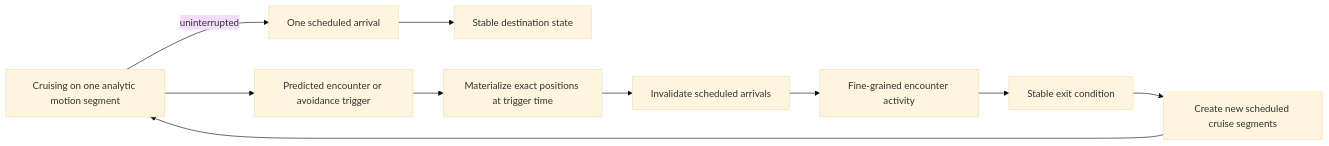
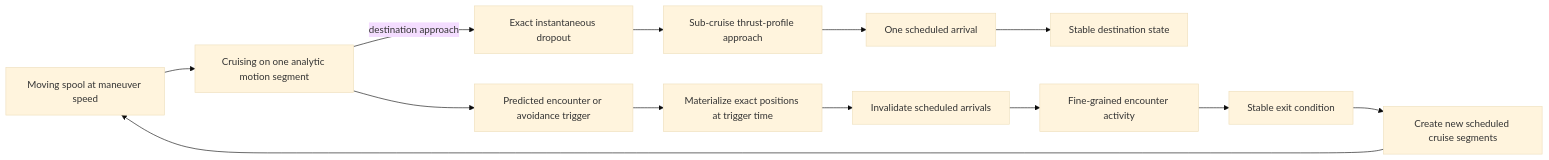
The second of 2 diagrams in docs/system-local-coordinate-scale.md (Elec0/galaxy-simulator), drawn with Mermaid (base theme) before and after one commit. The commit also changed other lines of this file and 2 other files, not shown here.

````diff
--- a/docs/system-local-coordinate-scale.md
+++ b/docs/system-local-coordinate-scale.md
@@ -113,16 +111,20 @@
 ```mermaid
 flowchart LR
+    spool["Moving spool at maneuver speed"]
     cruise["Cruising on one analytic motion segment"]
+    dropout["Exact instantaneous dropout"]
+    approach["Sub-cruise thrust-profile approach"]
     arrival["One scheduled arrival"]
     stable["Stable destination state"]
     trigger["Predicted encounter or avoidance trigger"]
     materialize["Materialize exact positions at trigger time"]
     invalidate["Invalidate scheduled arrivals"]
     activity["Fine-grained encounter activity"]
     exit["Stable exit condition"]
     reschedule["Create new scheduled cruise segments"]
 
-    cruise -->|"uninterrupted"| arrival --> stable
+    spool --> cruise
+    cruise -->|"destination approach"| dropout --> approach --> arrival --> stable
     cruise --> trigger --> materialize --> invalidate --> activity --> exit --> reschedule
-    reschedule --> cruise
+    reschedule --> spool
 ```
````
